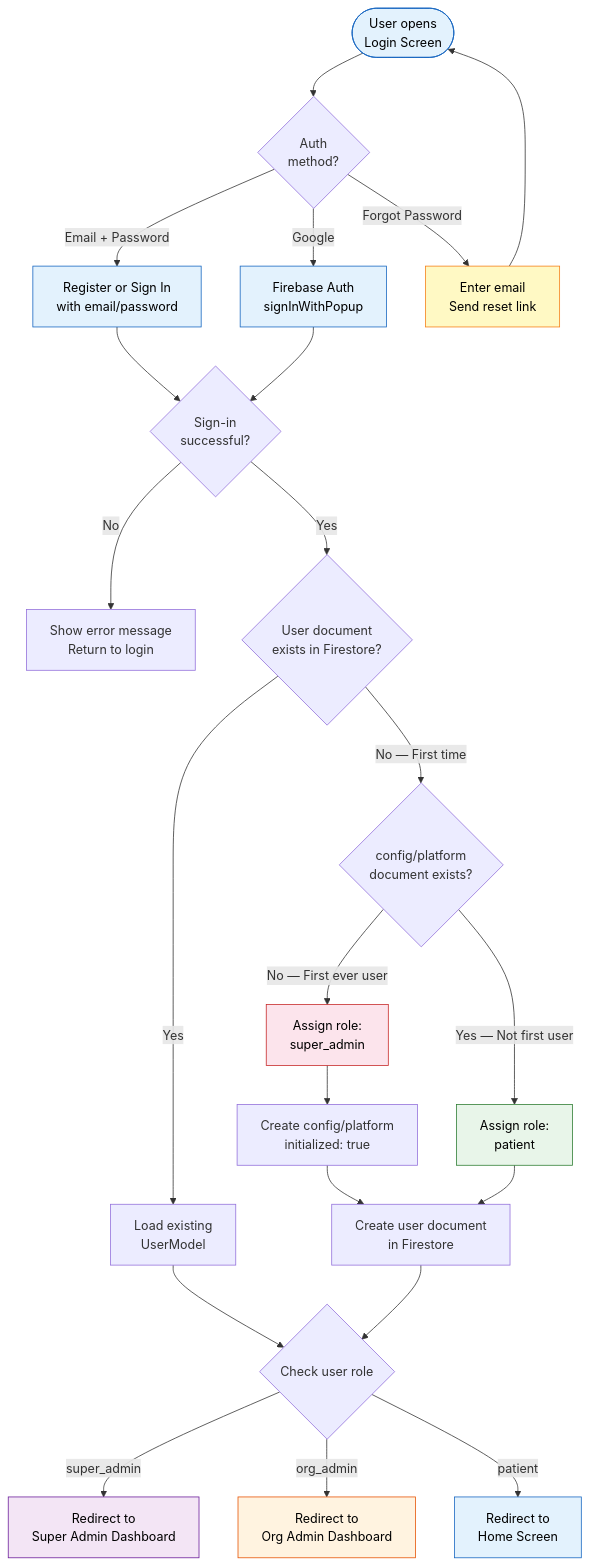
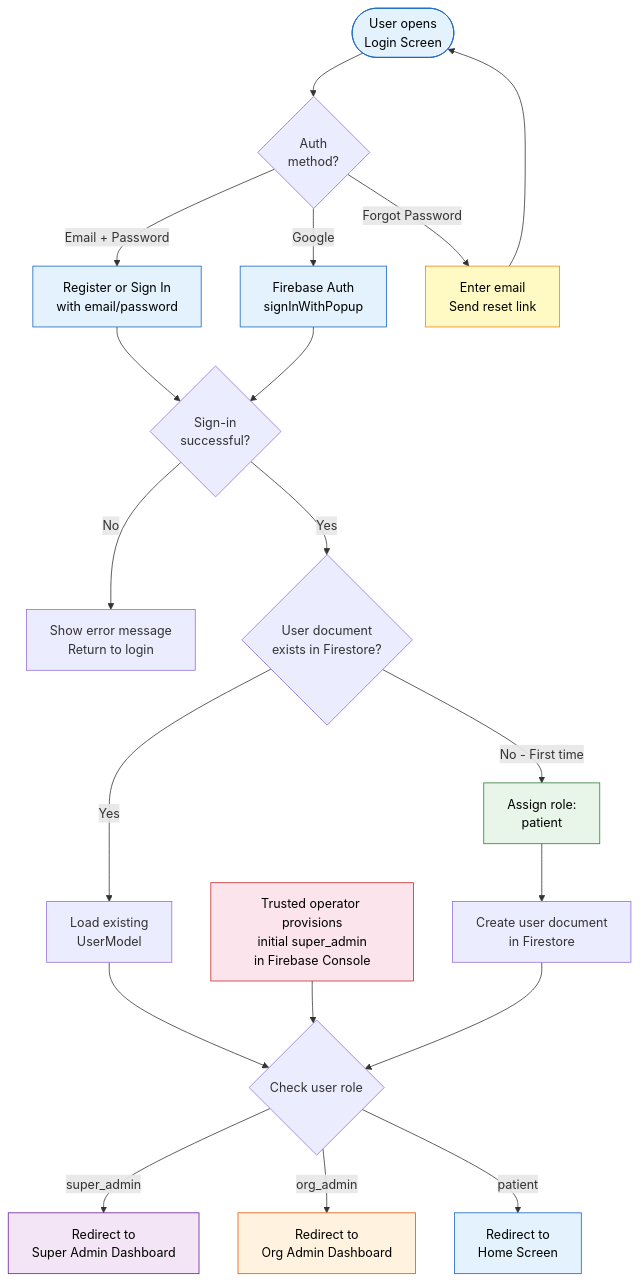
The ninth of 14 diagrams in SDP_Report_Diagrams.md (Aurorabtw/emergency-health-services), drawn with Mermaid before and after one commit. The commit also changed other lines of this file and 22 other files, not shown here.

````diff
--- a/SDP_Report_Diagrams.md
+++ b/SDP_Report_Diagrams.md
@@ -461,42 +457,38 @@
 ```mermaid
 flowchart TD
     A([User opens\nLogin Screen]) --> B{Auth\nmethod?}
     B -->|Email + Password| C1[Register or Sign In\nwith email/password]
     B -->|Google| C2[Firebase Auth\nsignInWithPopup]
     B -->|Forgot Password| FP[Enter email\nSend reset link]
     FP --> A
 
     C1 --> C{Sign-in\nsuccessful?}
     C2 --> C
     C -->|No| D[Show error message\nReturn to login]
 
     C -->|Yes| E{User document\nexists in Firestore?}
 
     E -->|Yes| F[Load existing\nUserModel]
     F --> G{Check user role}
 
-    E -->|No — First time| H{config/platform\ndocument exists?}
+    E -->|No - First time| L[Assign role:\npatient]
+    L --> K[Create user document\nin Firestore]
 
-    H -->|No — First ever user| I[Assign role:\nsuper_admin]
-    I --> J[Create config/platform\ninitialized: true]
-    J --> K[Create user document\nin Firestore]
-
-    H -->|Yes — Not first user| L[Assign role:\npatient]
-    L --> K
+    P[Trusted operator provisions\ninitial super_admin\nin Firebase Console] --> G
 
     K --> G
 
     G -->|super_admin| M[Redirect to\nSuper Admin Dashboard]
     G -->|org_admin| N[Redirect to\nOrg Admin Dashboard]
     G -->|patient| O[Redirect to\nHome Screen]
 
     style A fill:#e3f2fd,stroke:#1565c0,color:#000
     style C1 fill:#e3f2fd,stroke:#1565c0,color:#000
     style C2 fill:#e3f2fd,stroke:#1565c0,color:#000
     style FP fill:#fff9c4,stroke:#f57f17,color:#000
-    style I fill:#fce4ec,stroke:#c62828,color:#000
     style L fill:#e8f5e9,stroke:#2e7d32,color:#000
+    style P fill:#fce4ec,stroke:#c62828,color:#000
     style M fill:#f3e5f5,stroke:#6a1b9a,color:#000
     style N fill:#fff3e0,stroke:#e65100,color:#000
     style O fill:#e3f2fd,stroke:#1565c0,color:#000
 ```
````
